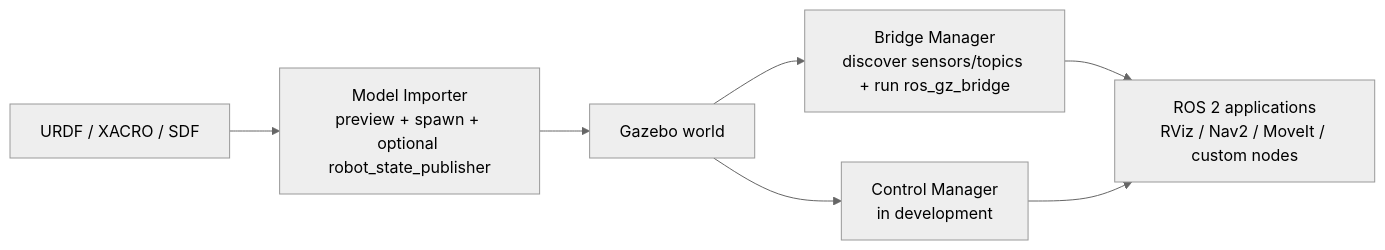
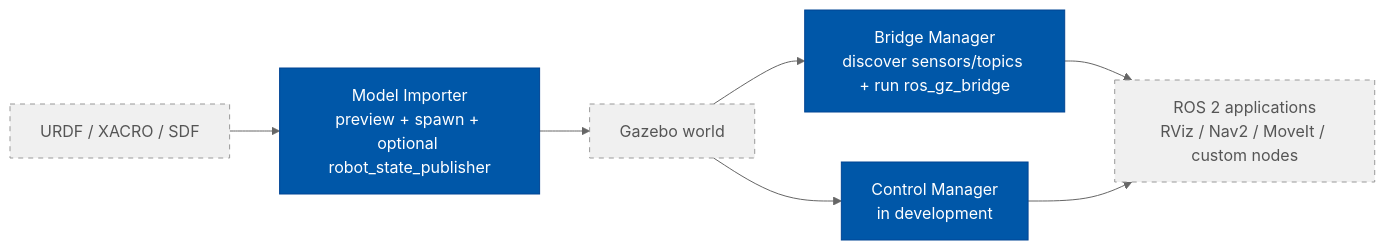
Before and after one commit to asoriano1/gz_model_importer_plugin: the diagram in README.md, drawn with Mermaid (neutral theme). The commit also changed other lines of this file, not shown here.

Commit message:
docs: update README — suite links and mermaid styling

````diff
--- a/README.md
+++ b/README.md
@@ -18,9 +18,15 @@
 ```mermaid
 flowchart LR
   A[URDF / XACRO / SDF] --> B[Model Importer<br/>preview + spawn + optional robot_state_publisher]
   B --> C[Gazebo world]
   C --> D[Bridge Manager<br/>discover sensors/topics + run ros_gz_bridge]
   C --> E[Control Manager<br/>in development]
   D --> F[ROS 2 applications<br/>RViz / Nav2 / MoveIt / custom nodes]
   E --> F
+
+  classDef suite fill:#0057a8,stroke:#004494,color:#ffffff
+  classDef external fill:#f0f0f0,stroke:#999999,color:#555555,stroke-dasharray:5 5
+
+  class B,D,E suite
+  class A,C,F external
 ```
````
